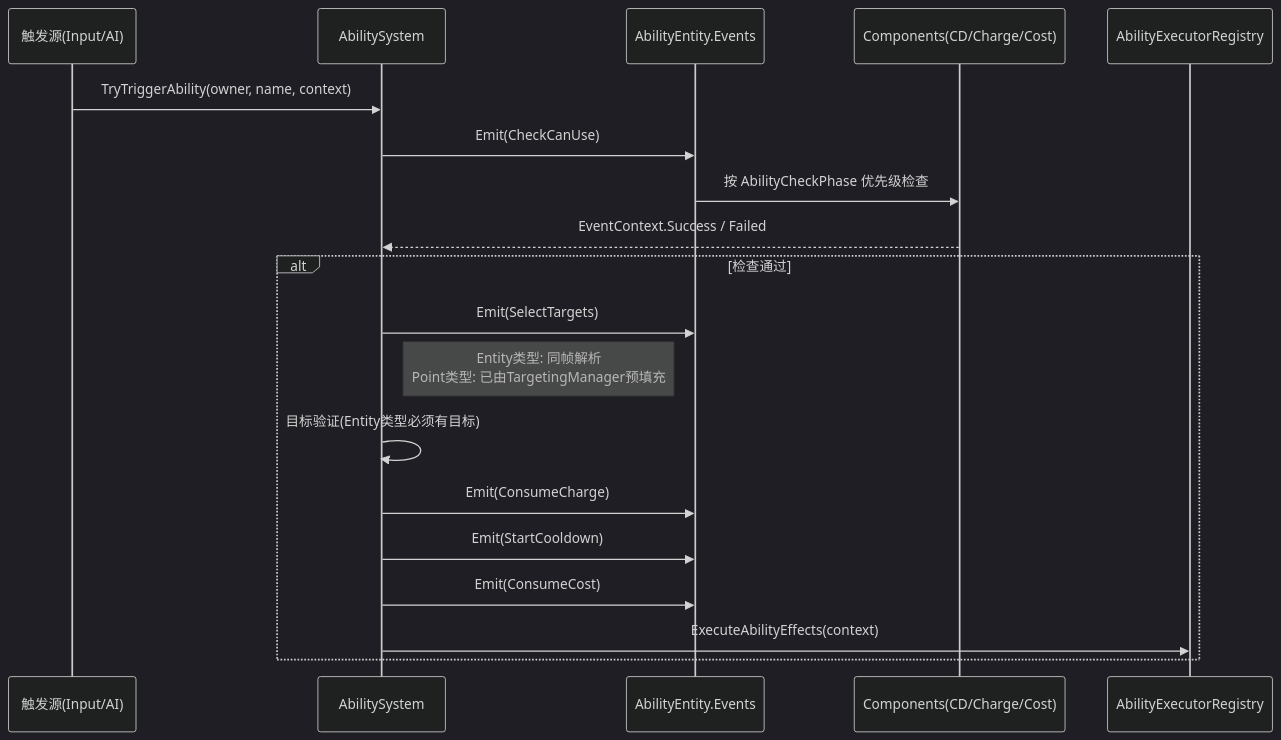
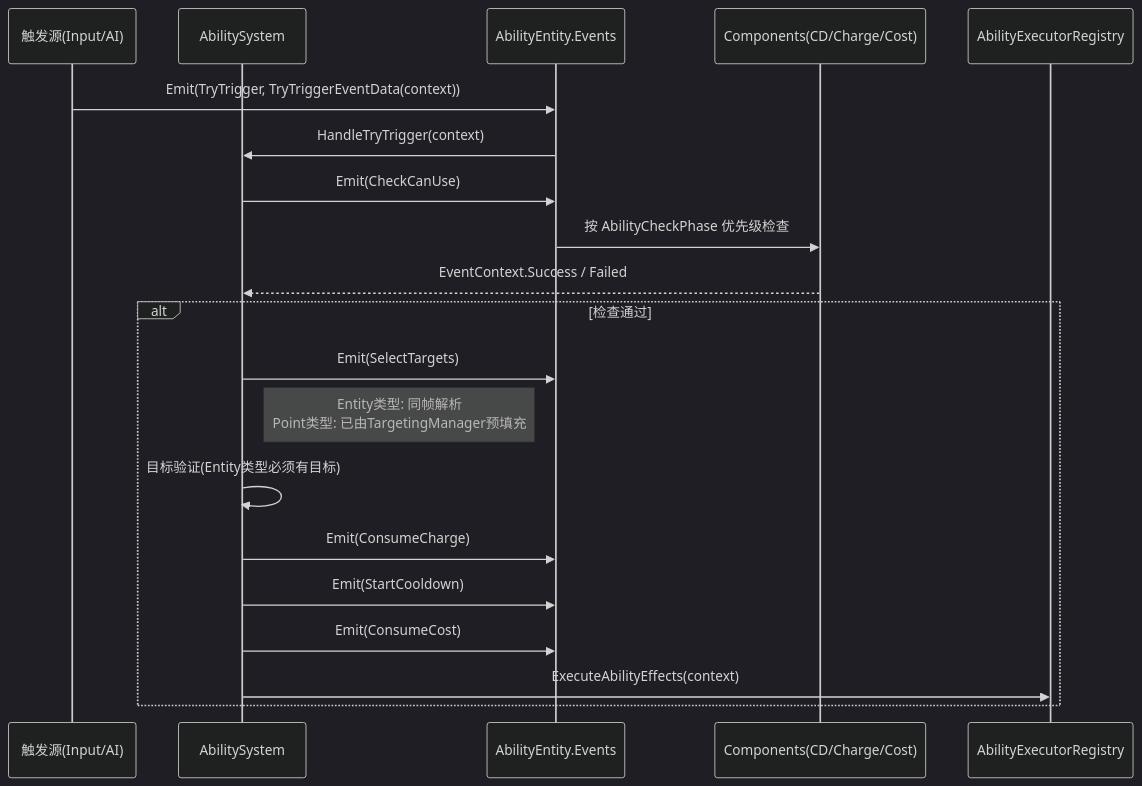
One commit to alading-2/GodotCSharpECSStruct_Open changed the diagram in docs/框架/ECS/Ability/技能系统架构设计理念.md. Above: the diagram before and after it, drawn with Mermaid (dark theme). The commit also changed other lines of this file and 23 other files, not shown here.

````diff
--- a/docs/框架/ECS/Ability/技能系统架构设计理念.md
+++ b/docs/框架/ECS/Ability/技能系统架构设计理念.md
@@ -124,23 +124,24 @@
 ```mermaid
 sequenceDiagram
     participant Input as 触发源(Input/AI)
     participant Sys as AbilitySystem
     participant E as AbilityEntity.Events
     participant Cmp as Components(CD/Charge/Cost)
     participant Exec as AbilityExecutorRegistry
 
-    Input->>Sys: TryTriggerAbility(owner, name, context)
+    Input->>E: Emit(TryTrigger, TryTriggerEventData(context))
+    E->>Sys: HandleTryTrigger(context)
     Sys->>E: Emit(CheckCanUse)
     E->>Cmp: 按 AbilityCheckPhase 优先级检查
     Cmp-->>Sys: EventContext.Success / Failed
 
     alt 检查通过
         Sys->>E: Emit(SelectTargets)
         Note right of Sys: Entity类型: 同帧解析<br/>Point类型: 已由TargetingManager预填充
         Sys->>Sys: 目标验证(Entity类型必须有目标)
         Sys->>E: Emit(ConsumeCharge)
         Sys->>E: Emit(StartCooldown)
         Sys->>E: Emit(ConsumeCost)
         Sys->>Exec: ExecuteAbilityEffects(context)
     end
 ```
````
